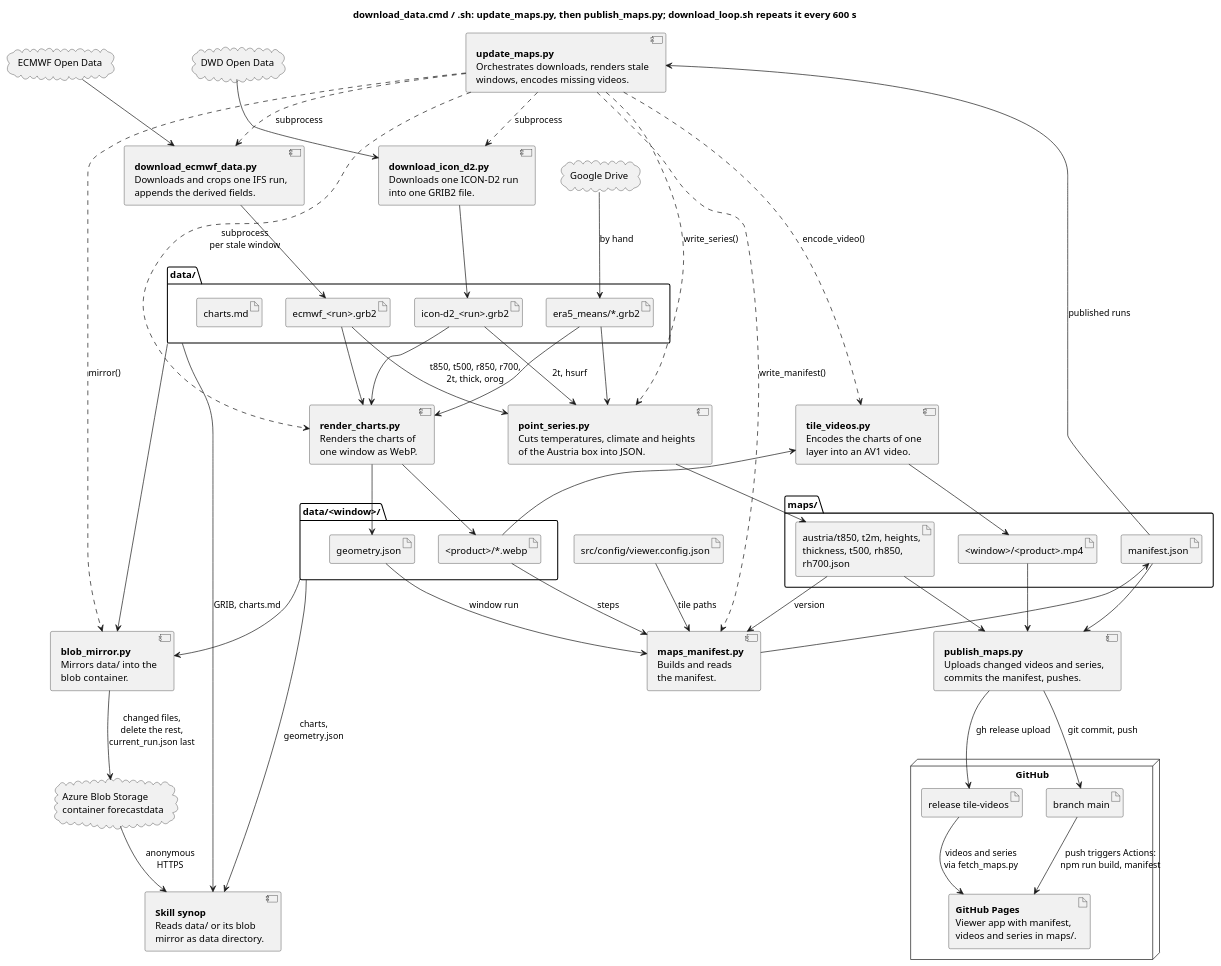
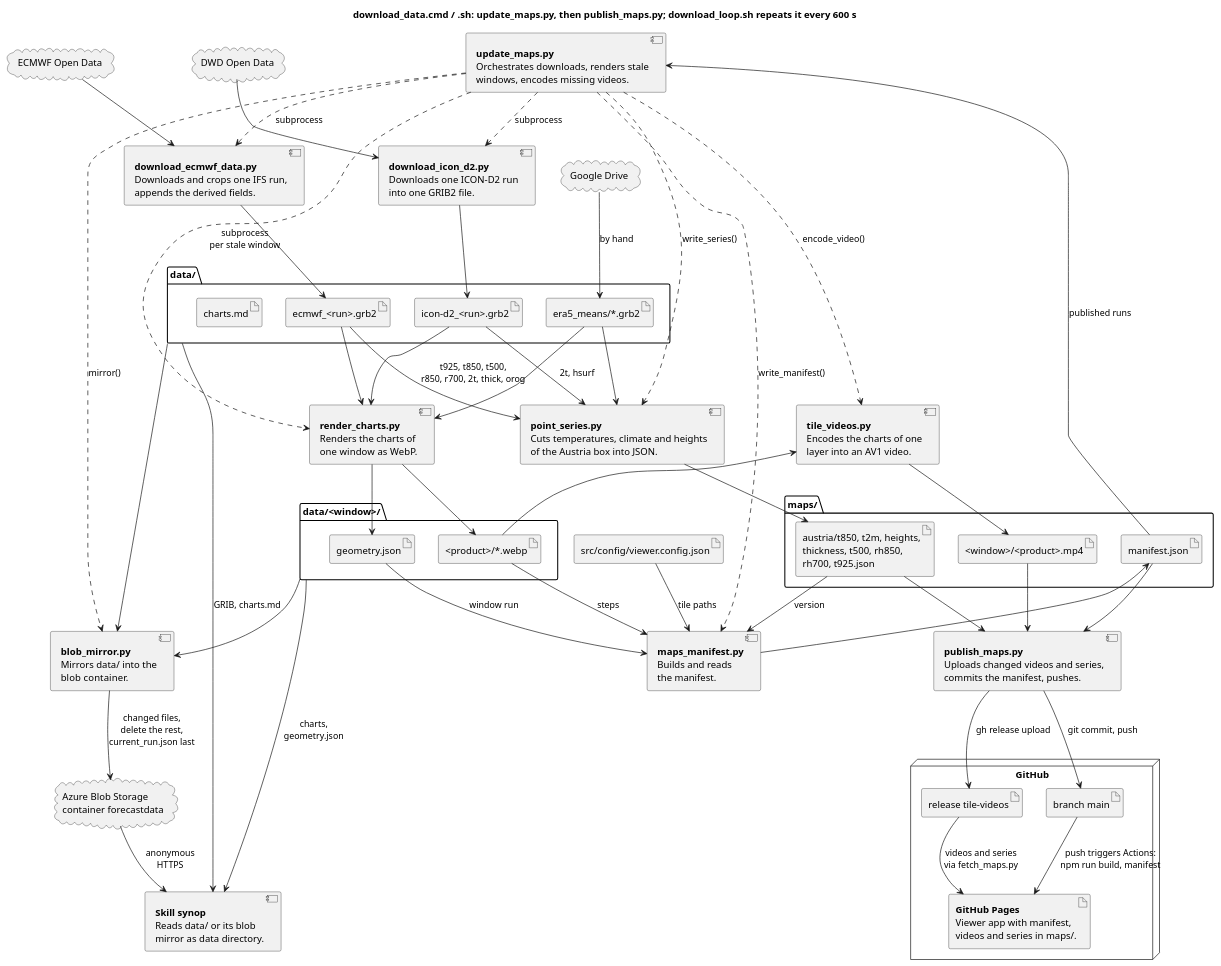
The first of 5 diagrams in REFERENCE.scripts.md (schletz/wetterkartenviewer), drawn with PlantUML before and after one commit. The commit also changed other lines of this file and 10 other files, not shown here.

```diff
--- a/REFERENCE.scripts.md
+++ b/REFERENCE.scripts.md
@@ -98,7 +98,7 @@
 }
 folder "maps/" {
  artifact "<window>/<product>.mp4" as videos
- artifact "austria/t850, t2m, heights,\nthickness, t500, rh850,\nrh700.json" as series
+ artifact "austria/t850, t2m, heights,\nthickness, t500, rh850,\nrh700, t925.json" as series
  artifact "manifest.json" as manifest
 }
 artifact "src/config/viewer.config.json" as config
@@ -130,7 +130,7 @@
 render_charts --> geometry
 charts --> tile_videos
 tile_videos --> videos
-ecmwf_grib --> point_series : t850, t500, r850, r700,\n2t, thick, orog
+ecmwf_grib --> point_series : t925, t850, t500,\nr850, r700, 2t, thick, orog
 icon_grib --> point_series : 2t, hsurf
 era5 --> point_series
 point_series --> series
```
